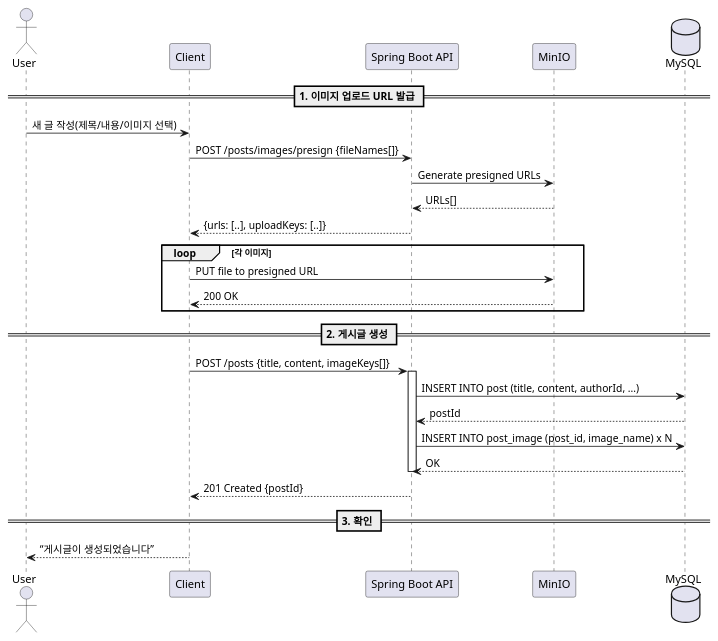
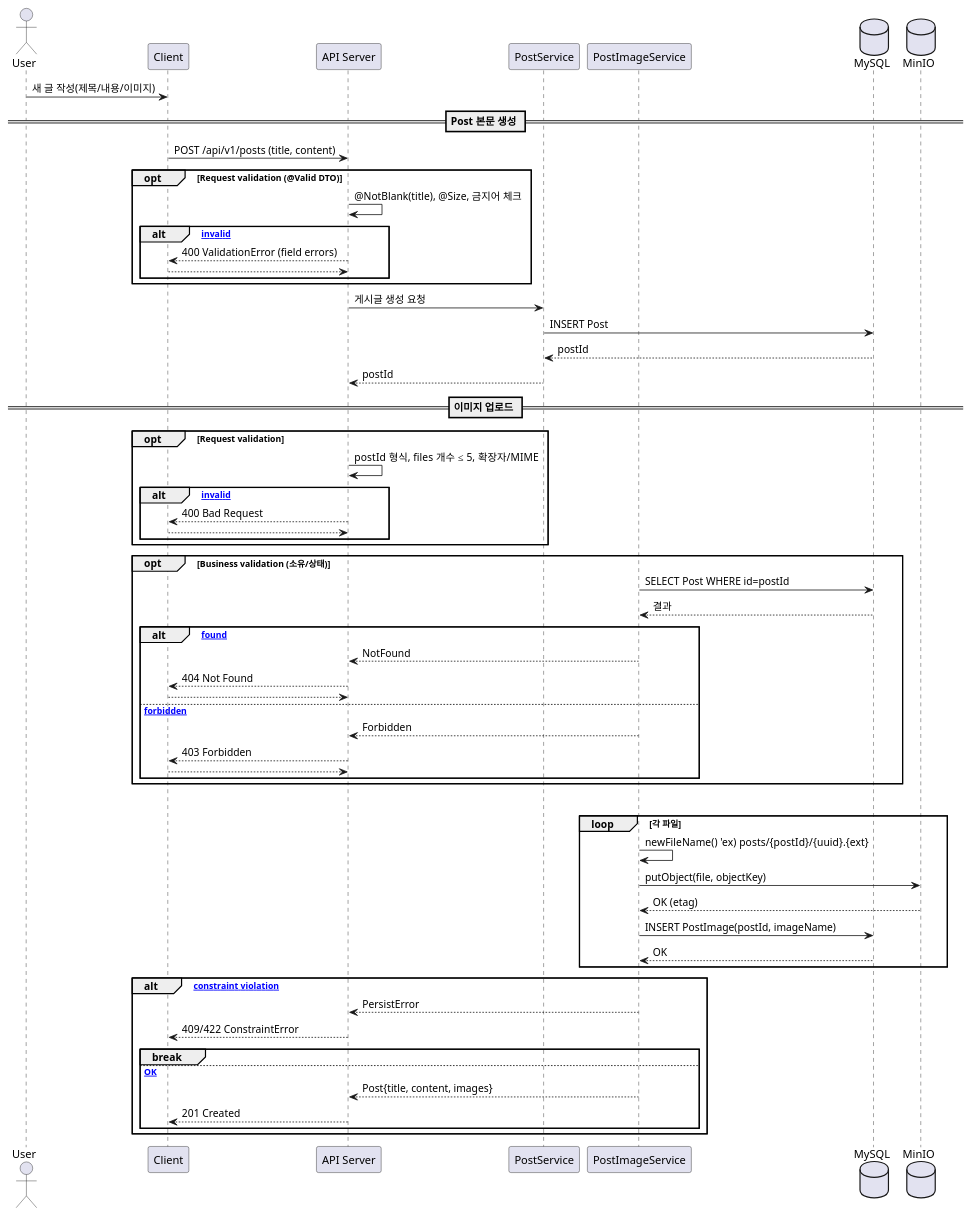
The diagram in backend/src/main/java/project/personalproject/domain/post/post/service/createPost.puml (HyeonSeongIM/PersonalProject), drawn with PlantUML before and after one commit.

Commit message:
[#31] Refactor : CreatePost 시퀀스 다이어그램 생성

```diff
--- a/backend/src/main/java/project/personalproject/domain/post/post/service/createPost.puml
+++ b/backend/src/main/java/project/personalproject/domain/post/post/service/createPost.puml
@@ -1,32 +1,71 @@
 @startuml
 actor User as U
-participant "Client" as R
-participant "Spring Boot API" as S
-participant "MinIO" as M
+participant "Client" as C
+participant "API Server" as S
+participant "PostService" as PS
+participant "PostImageService" as PIS
 database "MySQL" as DB
+database "MinIO" as M
 
-== 1. 이미지 업로드 URL 발급 ==
-U -> R: 새 글 작성(제목/내용/이미지 선택)
-R -> S: POST /posts/images/presign {fileNames[]}
-S -> M: Generate presigned URLs
-M --> S: URLs[]
-S --> R: {urls: [..], uploadKeys: [..]}
+U -> C: 새 글 작성(제목/내용/이미지)
 
-loop 각 이미지
-  R -> M: PUT file to presigned URL
-  M --> R: 200 OK
+== Post 본문 생성 ==
+C -> S: POST /api/v1/posts (title, content)
+
+opt Request validation (@Valid DTO)
+  S -> S: @NotBlank(title), @Size, 금지어 체크
+  alt [invalid]
+    S --> C: 400 ValidationError (field errors)
+    return
+  end
 end
 
-== 2. 게시글 생성 ==
-R -> S: POST /posts {title, content, imageKeys[]}
-activate S
-S -> DB: INSERT INTO post (title, content, authorId, ...)
-DB --> S: postId
-S -> DB: INSERT INTO post_image (post_id, image_name) x N
-DB --> S: OK
-deactivate S
-S --> R: 201 Created {postId}
+S -> PS: 게시글 생성 요청
+PS -> DB: INSERT Post
+DB --> PS: postId
+PS --> S: postId
 
-== 3. 확인 ==
-R --> U: “게시글이 생성되었습니다”
+== 이미지 업로드 ==
+
+opt Request validation
+  S -> S: postId 형식, files 개수 ≤ 5, 확장자/MIME
+  alt [invalid]
+    S --> C: 400 Bad Request
+    return
+  end
+end
+
+
+opt Business validation (소유/상태)
+  PIS -> DB: SELECT Post WHERE id=postId
+  DB --> PIS: 결과
+  alt [not found]
+    PIS --> S: NotFound
+    S --> C: 404 Not Found
+    return
+  else [forbidden]
+    PIS --> S: Forbidden
+    S --> C: 403 Forbidden
+    return
+  end
+end
+
+group TX(PostImage)
+  loop 각 파일
+    PIS -> PIS: newFileName()  'ex) posts/{postId}/{uuid}.{ext}
+    PIS -> M: putObject(file, objectKey)
+    M --> PIS: OK (etag)
+    PIS -> DB: INSERT PostImage(postId, imageName)
+    DB --> PIS: OK
+  end
+  alt [DB constraint violation]
+    PIS --> S: PersistError
+    S --> C: 409/422 ConstraintError
+    break
+  else [OK]
+    PIS --> S: Post{title, content, images}
+    S --> C: 201 Created
+  end
+end
+
 @enduml
```
